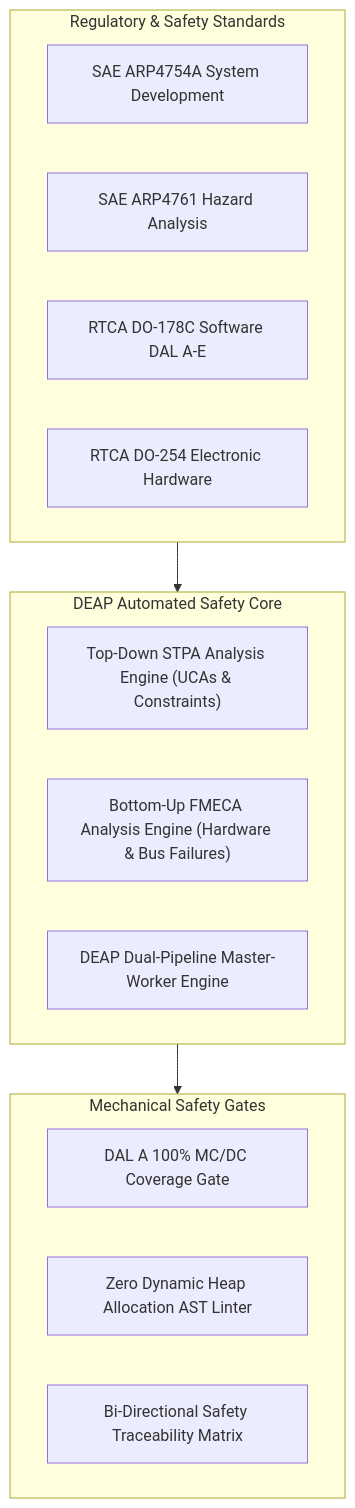
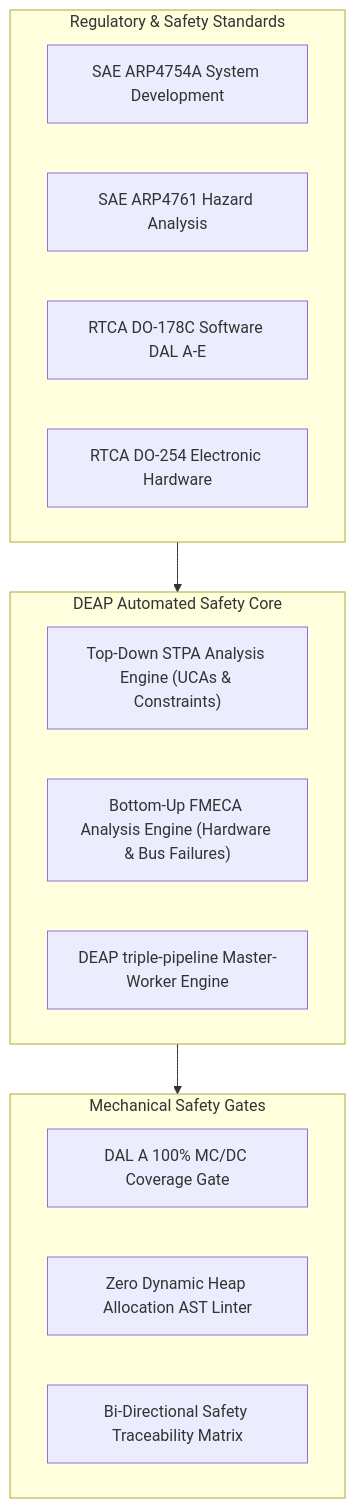
The first of 8 diagrams in docs/architecture/blueprints/DEAP_FLIGHT_SYSTEMS_SAFETY_CONCEPT_PAPER.md (gintatkinson/DEAP-avionic-flight-safety), drawn with Mermaid before and after one commit. The commit also changed other lines of this file and 5 other files, not shown here.

Commit message:
fix(docs): remediate all stale dual-pipeline and worker references to Triple-Pipeline architecture

````diff
--- a/docs/architecture/blueprints/DEAP_FLIGHT_SYSTEMS_SAFETY_CONCEPT_PAPER.md
+++ b/docs/architecture/blueprints/DEAP_FLIGHT_SYSTEMS_SAFETY_CONCEPT_PAPER.md
@@ -22,24 +22,24 @@
 ```mermaid
 flowchart TD
     subgraph Regulatory ["Regulatory & Safety Standards"]
         R1["SAE ARP4754A System Development"]
         R2["SAE ARP4761 Hazard Analysis"]
         R3["RTCA DO-178C Software DAL A-E"]
         R4["RTCA DO-254 Electronic Hardware"]
     end
 
     subgraph DEAP_Core ["DEAP Automated Safety Core"]
         STPA_Engine["Top-Down STPA Analysis Engine (UCAs & Constraints)"]
         FMECA_Engine["Bottom-Up FMECA Analysis Engine (Hardware & Bus Failures)"]
-        Dual_Pipe["DEAP Dual-Pipeline Master-Worker Engine"]
+        Dual_Pipe["DEAP triple-pipeline Master-Worker Engine"]
     end
 
     subgraph Verification ["Mechanical Safety Gates"]
         MCDC_Gate["DAL A 100% MC/DC Coverage Gate"]
         Heap_Gate["Zero Dynamic Heap Allocation AST Linter"]
         Trace_Gate["Bi-Directional Safety Traceability Matrix"]
     end
 
     Regulatory --> DEAP_Core
     DEAP_Core --> Verification
 ```
````
